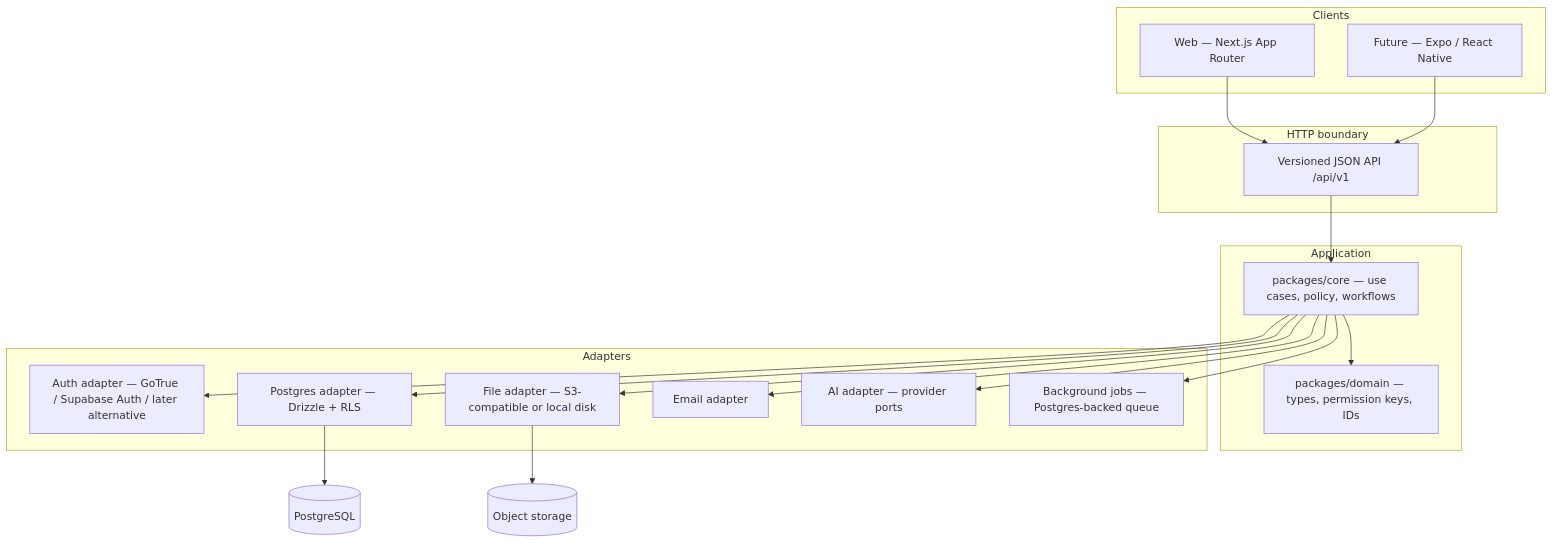
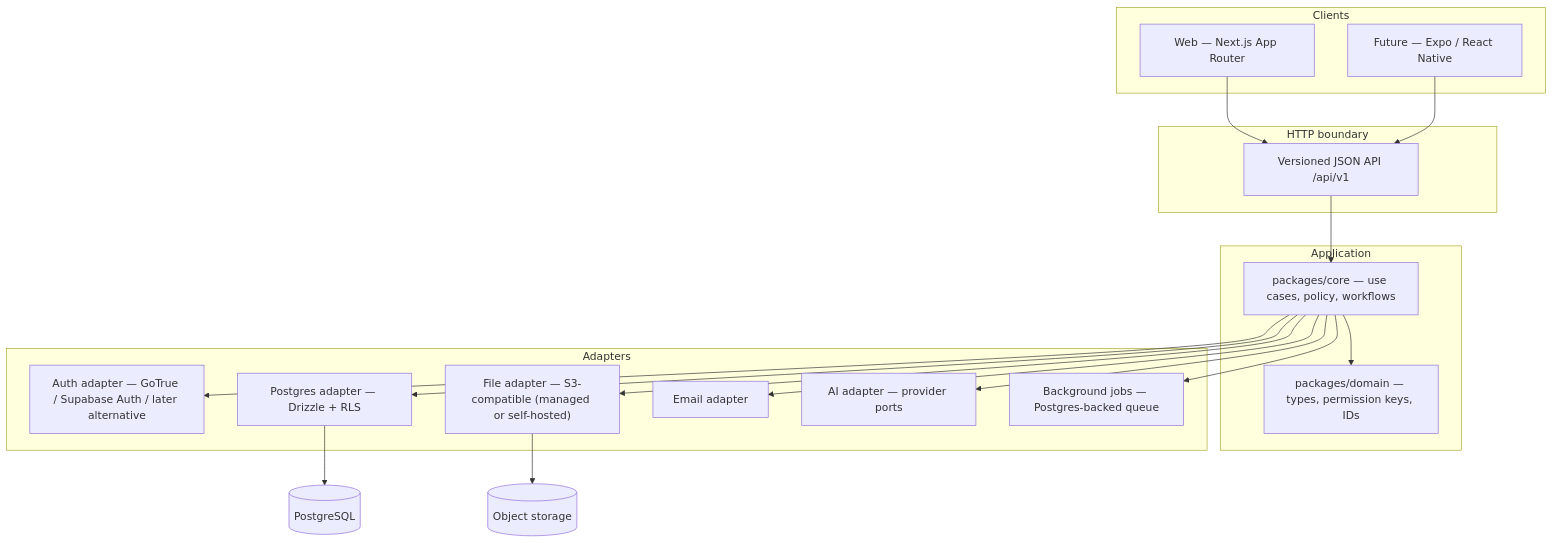
One commit to shahidrasool85/Schoolapp changed the first of 3 diagrams in docs/ARCHITECTURE.md. Above: the diagram before and after it, drawn with Mermaid. The commit also changed other lines of this file and 20 other files, not shown here.

First line of the commit message:
Amend architecture: RLS, academic history, audit, and storage.

````diff
--- a/docs/ARCHITECTURE.md
+++ b/docs/ARCHITECTURE.md
@@ -83,41 +84,41 @@
 ```mermaid
 flowchart TB
   subgraph clients [Clients]
     Web["Web — Next.js App Router"]
     Mobile["Future — Expo / React Native"]
   end
 
   subgraph edge [HTTP boundary]
     API["Versioned JSON API /api/v1"]
   end
 
   subgraph app [Application]
     Core["packages/core — use cases, policy, workflows"]
     Domain["packages/domain — types, permission keys, IDs"]
   end
 
   subgraph infra [Adapters]
     Auth["Auth adapter — GoTrue / Supabase Auth / later alternative"]
     DB["Postgres adapter — Drizzle + RLS"]
-    Files["File adapter — S3-compatible or local disk"]
+    Files["File adapter — S3-compatible (managed or self-hosted)"]
     Mail["Email adapter"]
     AI["AI adapter — provider ports"]
     Jobs["Background jobs — Postgres-backed queue"]
   end
 
   PG[(PostgreSQL)]
   Obj[(Object storage)]
 
   Web --> API
   Mobile --> API
   API --> Core
   Core --> Domain
   Core --> Auth
   Core --> DB
   Core --> Files
   Core --> Mail
   Core --> AI
   Core --> Jobs
   DB --> PG
   Files --> Obj
 ```
````
